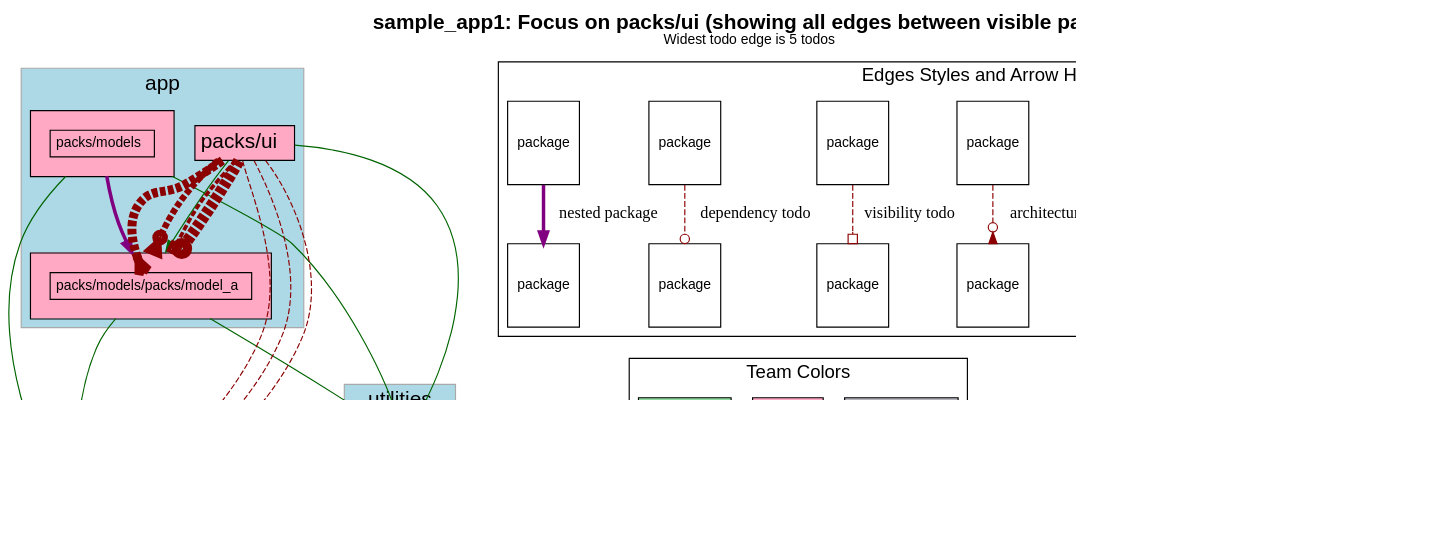
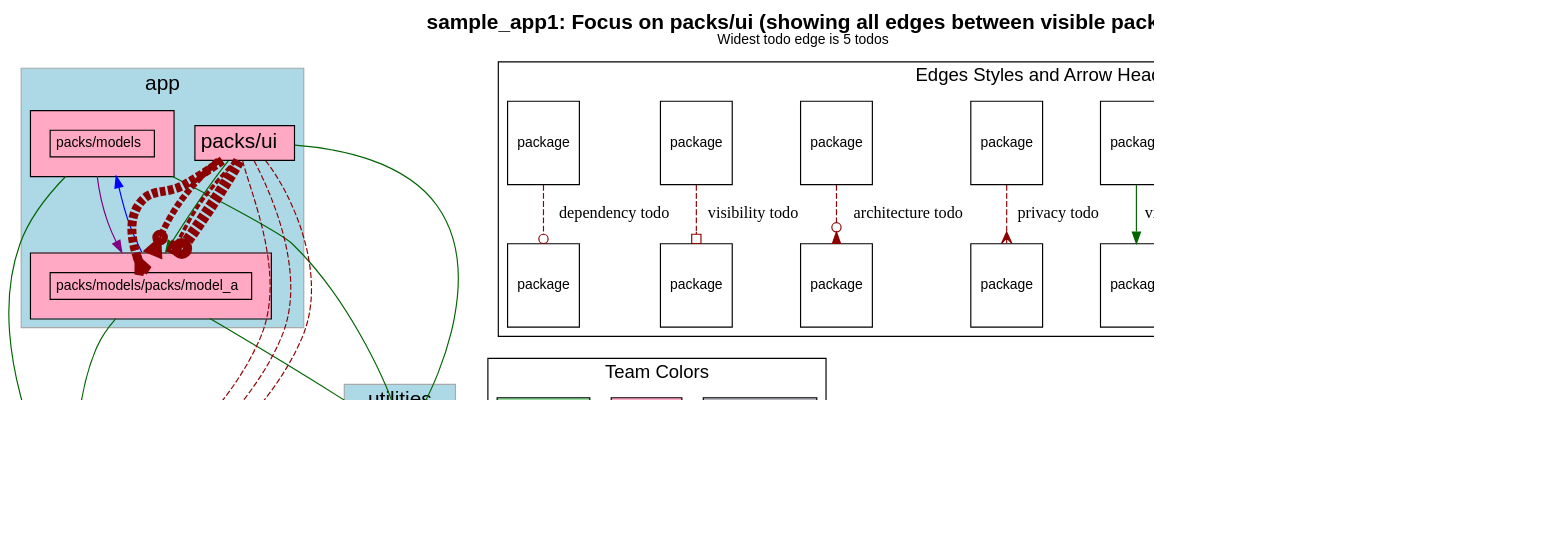
Before and after one commit to rubyatscale/visualize_packs: the diagram in spec/sample_app1/test_output/focussed_on_packs_ui.dot, drawn with Graphviz. The commit also changed 23 other files, not shown here.

```diff
--- a/spec/sample_app1/test_output/focussed_on_packs_ui.dot
+++ b/spec/sample_app1/test_output/focussed_on_packs_ui.dot
@@ -155,12 +155,18 @@
               # headlabel="visibility"
                 arrowhead=obox
               penwidth=3.25            ]
-        "packs/models" -> "packs/models/packs/model_a" [ color=purple penwidth=3 ]
+          "packs/models" -> "packs/models/packs/model_a" [ color=purple ]
+        "packs/models/packs/model_a" -> "packs/models" [ color=blue constraint=false ]
     subgraph cluster_legend {
       fontsize=16
       label="Edges Styles and Arrow Heads"
       A [ fontsize=12 shape=box label="package"]
       B [ fontsize=12 shape=box label="package"]
+      K [ fontsize=12 shape=box label="package"]
+      L [ fontsize=12 shape=box label="package"]
+      M [ fontsize=12 shape=box label="package"]
+      N [ fontsize=12 shape=box label="package"]
+
       C [ fontsize=12 shape=box label="package"]
       D [ fontsize=12 shape=box label="package"]
       E [ fontsize=12 shape=box label="package"]
@@ -169,14 +175,15 @@
       H [ fontsize=12 shape=box label="package"]
       I [ fontsize=12 shape=box label="package"]
       J [ fontsize=12 shape=box label="package"]
-      K [ fontsize=12 shape=box label="package"]
-      L [ fontsize=12 shape=box label="package"]
+
       A -> B [label="accepted dependency" color=darkgreen]
+      K -> L [label="nested package" color=purple]
+      M -> N [label="visibile to" color=darkgreen]
+
       C -> D [label="privacy todo" color=darkred style=dashed arrowhead=crow]
       E -> F [label="architecture todo" color=darkred style=dashed arrowhead=invodot]
       G -> H [label="visibility todo" color=darkred style=dashed arrowhead=obox]
       I -> J [label="dependency todo" color=darkred style=dashed arrowhead=odot]
-      K -> L [label="nested package" color=purple penwidth=3]
     }
   subgraph cluster_teams_legend {
     fontsize=16
```
